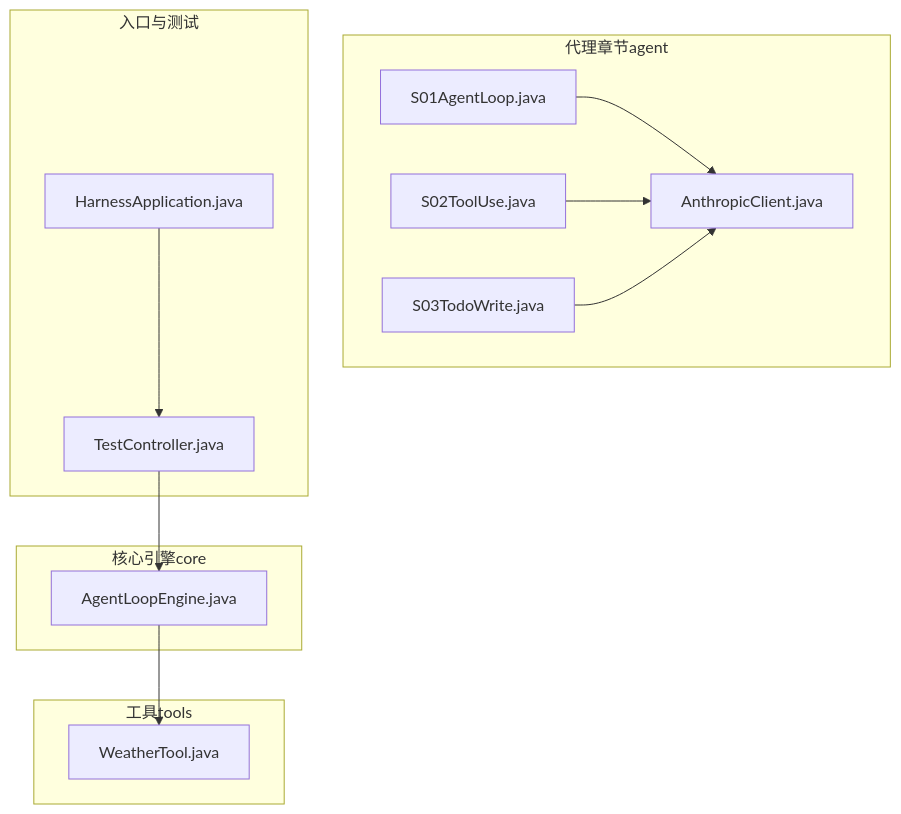
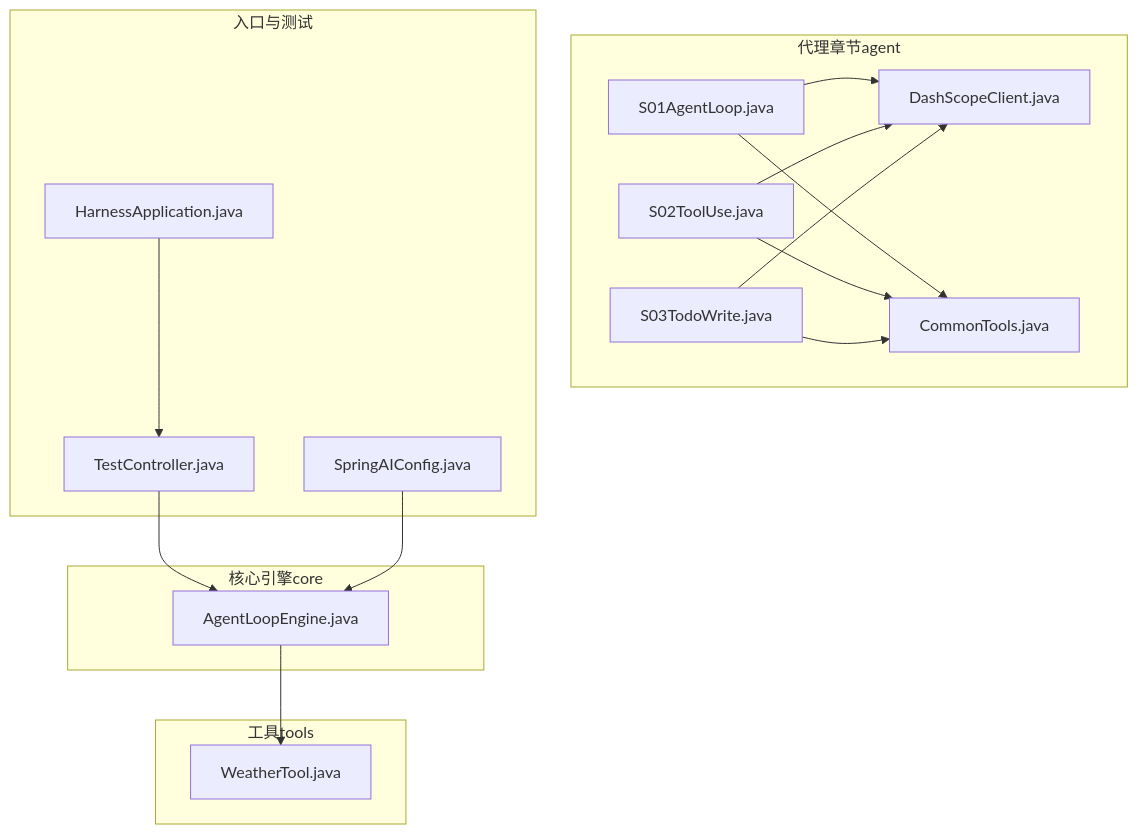
One commit to zhaojunyi0016/learn-harness changed the first of 7 diagrams in .qoder/repowiki/zh/content/代理模块系列/基础代理模块.md. Above: the diagram before and after it, drawn with Mermaid. The commit also changed other lines of this file and 5 other files, not shown here.

````diff
--- a/.qoder/repowiki/zh/content/代理模块系列/基础代理模块.md
+++ b/.qoder/repowiki/zh/content/代理模块系列/基础代理模块.md
@@ -47,25 +49,31 @@
 ```mermaid
 graph TB
 subgraph "代理章节agent"
 S01["S01AgentLoop.java"]
 S02["S02ToolUse.java"]
 S03["S03TodoWrite.java"]
-AC["AnthropicClient.java"]
+DC["DashScopeClient.java"]
+CT["CommonTools.java"]
 end
 subgraph "核心引擎core"
 ALE["AgentLoopEngine.java"]
 end
 subgraph "工具tools"
 WT["WeatherTool.java"]
 end
 subgraph "入口与测试"
 HA["HarnessApplication.java"]
 TC["TestController.java"]
+SC["SpringAIConfig.java"]
 end
-S01 --> AC
-S02 --> AC
-S03 --> AC
+S01 --> DC
+S02 --> DC
+S03 --> DC
+S01 --> CT
+S02 --> CT
+S03 --> CT
 ALE --> WT
 TC --> ALE
 HA --> TC
+SC --> ALE
 ```
````
